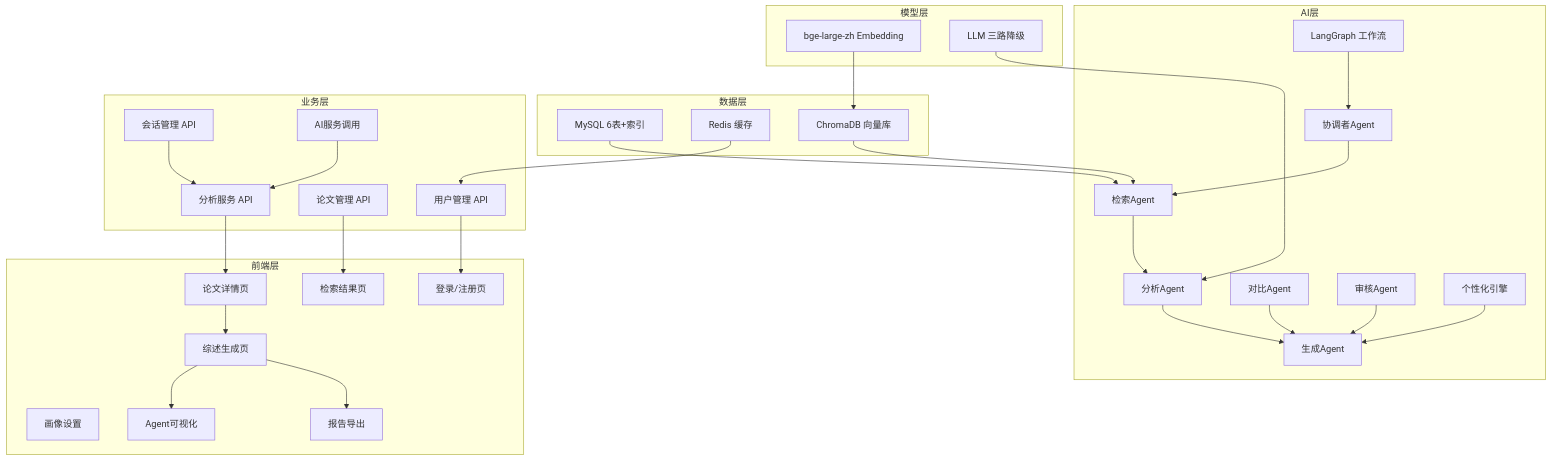
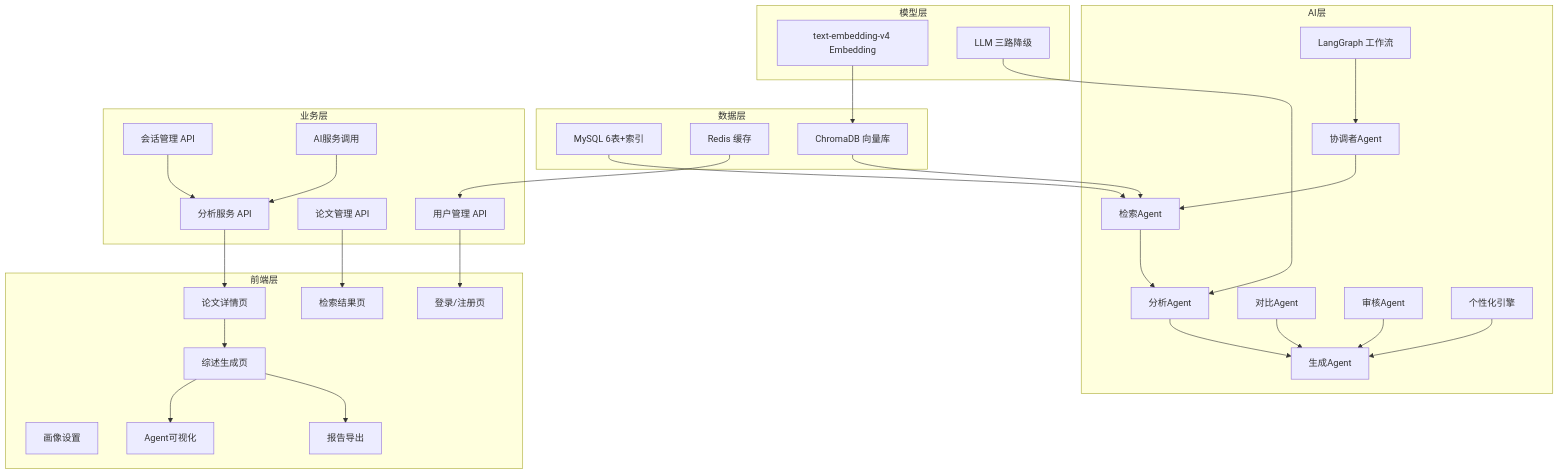
Before and after one commit to Fsu7/Veritas-: the second of 5 diagrams in docs/版本里程碑功能清单.md, drawn with Mermaid. The commit also changed other lines of this file and 131 other files, not shown here.

````diff
--- a/docs/版本里程碑功能清单.md
+++ b/docs/版本里程碑功能清单.md
@@ -42,64 +42,64 @@
 ```mermaid
 graph TD
     subgraph 数据层
         DB["MySQL 6表+索引"]
         RD["Redis 缓存"]
         CH["ChromaDB 向量库"]
     end
 
     subgraph 模型层
-        EM["bge-large-zh Embedding"]
+        EM["text-embedding-v4 Embedding"]
         LM["LLM 三路降级"]
     end
 
     subgraph AI层
         RA["检索Agent"]
         AA["分析Agent"]
         GA["生成Agent"]
         CA["协调者Agent"]
         CP["对比Agent"]
         RV["审核Agent"]
         WF["LangGraph 工作流"]
         PE["个性化引擎"]
     end
 
     subgraph 业务层
         UM["用户管理 API"]
         PM["论文管理 API"]
         SM["会话管理 API"]
         AC["分析服务 API"]
         IC["AI服务调用"]
     end
 
     subgraph 前端层
         UL["登录/注册页"]
         PS["画像设置"]
         SR["检索结果页"]
         PD["论文详情页"]
         RP["综述生成页"]
         AV["Agent可视化"]
         EX["报告导出"]
     end
 
     DB --> RA
     RD --> UM
     CH --> RA
     EM --> CH
     LM --> AA
     RA --> AA
     AA --> GA
     CA --> RA
     CP --> GA
     RV --> GA
     WF --> CA
     PE --> GA
 
     UM --> UL
     PM --> SR
     SM --> AC
     IC --> AC
     AC --> PD
     PD --> RP
     RP --> AV
     RP --> EX
 ```
````
